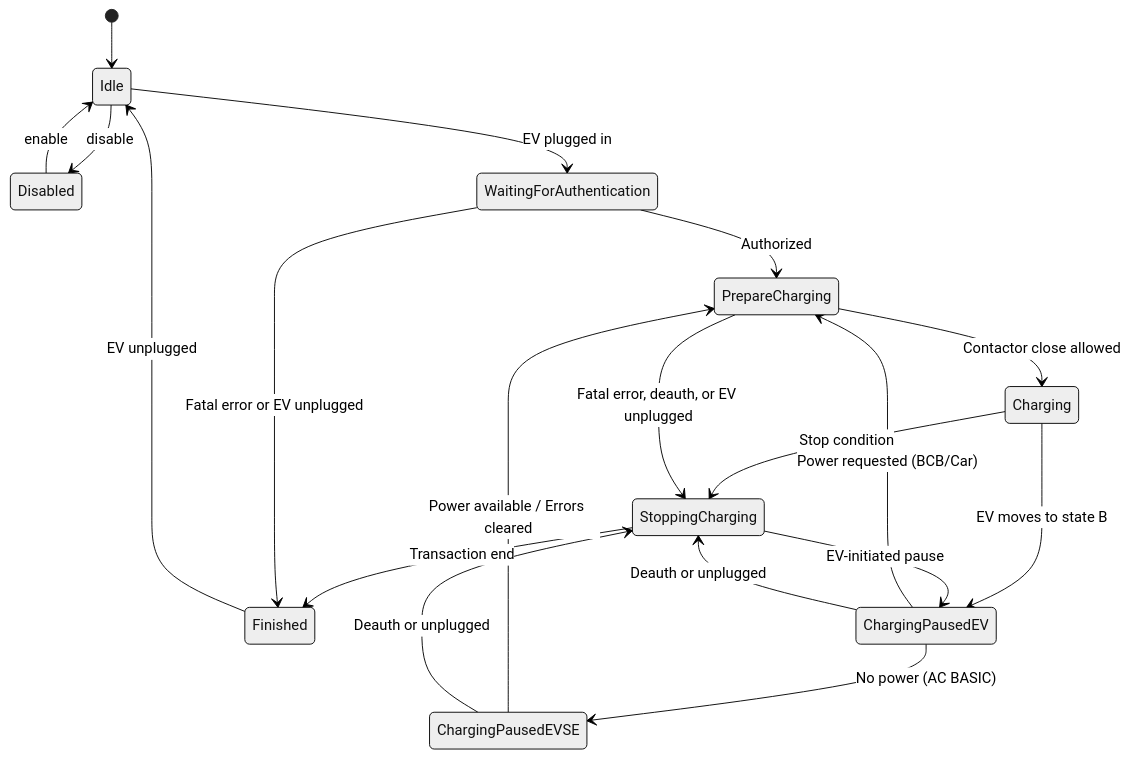
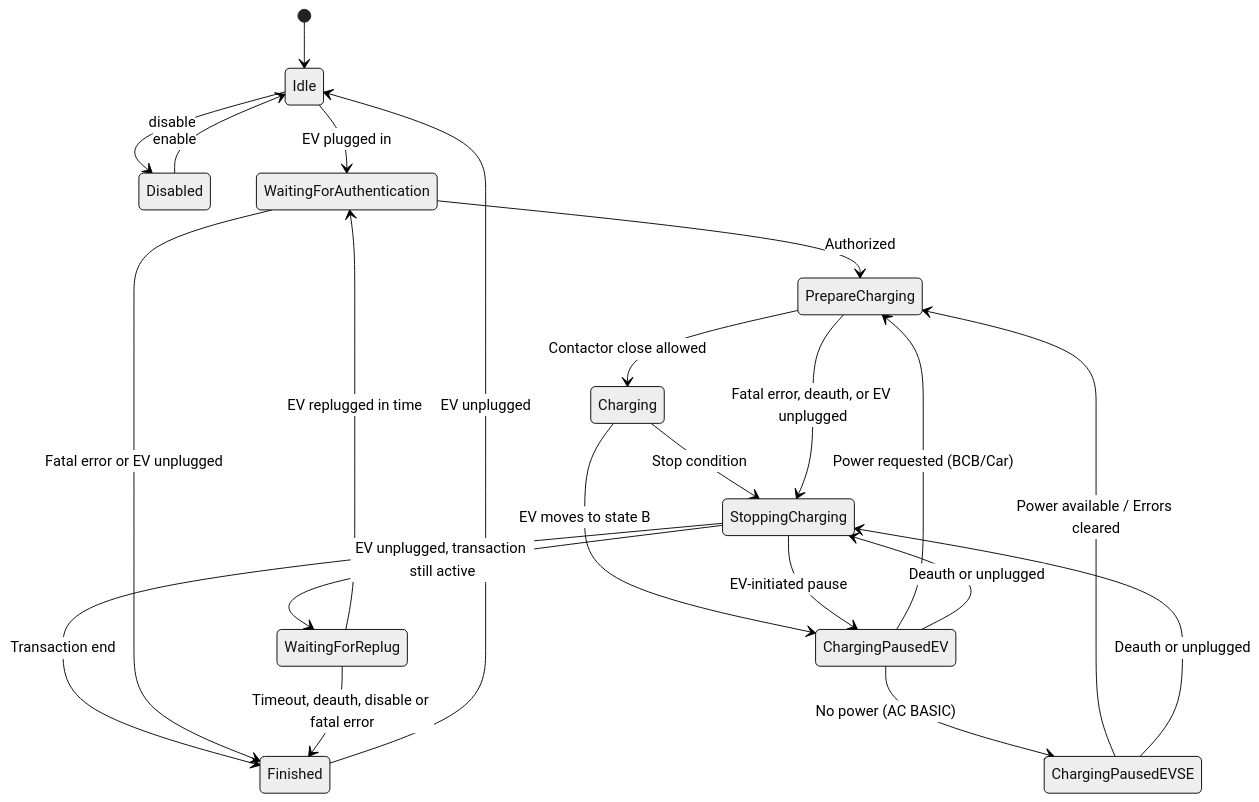
The diagram in modules/EVSE/EvseManager/docs/index.rst (EVerest/EVerest), drawn with Mermaid (neutral theme) before and after one commit. The commit also changed other lines of this file and 7 other files, not shown here.

Commit message:
EvseManager: Add WaitingForReplug state

```diff
--- a/modules/EVSE/EvseManager/docs/index.rst
+++ b/modules/EVSE/EvseManager/docs/index.rst
@@ -101,34 +101,39 @@
 .. mermaid::
 
    stateDiagram-v2
        direction TB
 
        [*] --> Idle
 
        %% Enable / Disable
        Idle --> Disabled : disable
        Disabled --> Idle : enable
 
        %% Happy path
        Idle --> WaitingForAuthentication : EV plugged in
        WaitingForAuthentication --> PrepareCharging : Authorized
        PrepareCharging --> Charging : Contactor close allowed
        Charging --> StoppingCharging : Stop condition
        StoppingCharging --> Finished : Transaction end
        Finished --> Idle : EV unplugged
 
        %% Early exit / Errors
        WaitingForAuthentication --> Finished : Fatal error or EV unplugged
        PrepareCharging --> StoppingCharging : Fatal error, deauth, or EV unplugged
 
        %% Pauses
        Charging --> ChargingPausedEV : EV moves to state B
        ChargingPausedEV --> PrepareCharging : Power requested (BCB/Car)
        ChargingPausedEV --> ChargingPausedEVSE : No power (AC BASIC)
        ChargingPausedEV --> StoppingCharging : Deauth or unplugged
        
        ChargingPausedEVSE --> PrepareCharging : Power available / Errors cleared
        ChargingPausedEVSE --> StoppingCharging : Deauth or unplugged
 
        %% Post-Stop logic
        StoppingCharging --> ChargingPausedEV : EV-initiated pause
+
+       %% Replug grace period (replug_timeout_s > 0)
+       StoppingCharging --> WaitingForReplug : EV unplugged, transaction still active
+       WaitingForReplug --> WaitingForAuthentication : EV replugged in time
+       WaitingForReplug --> Finished : Timeout, deauth, disable or fatal error
```
